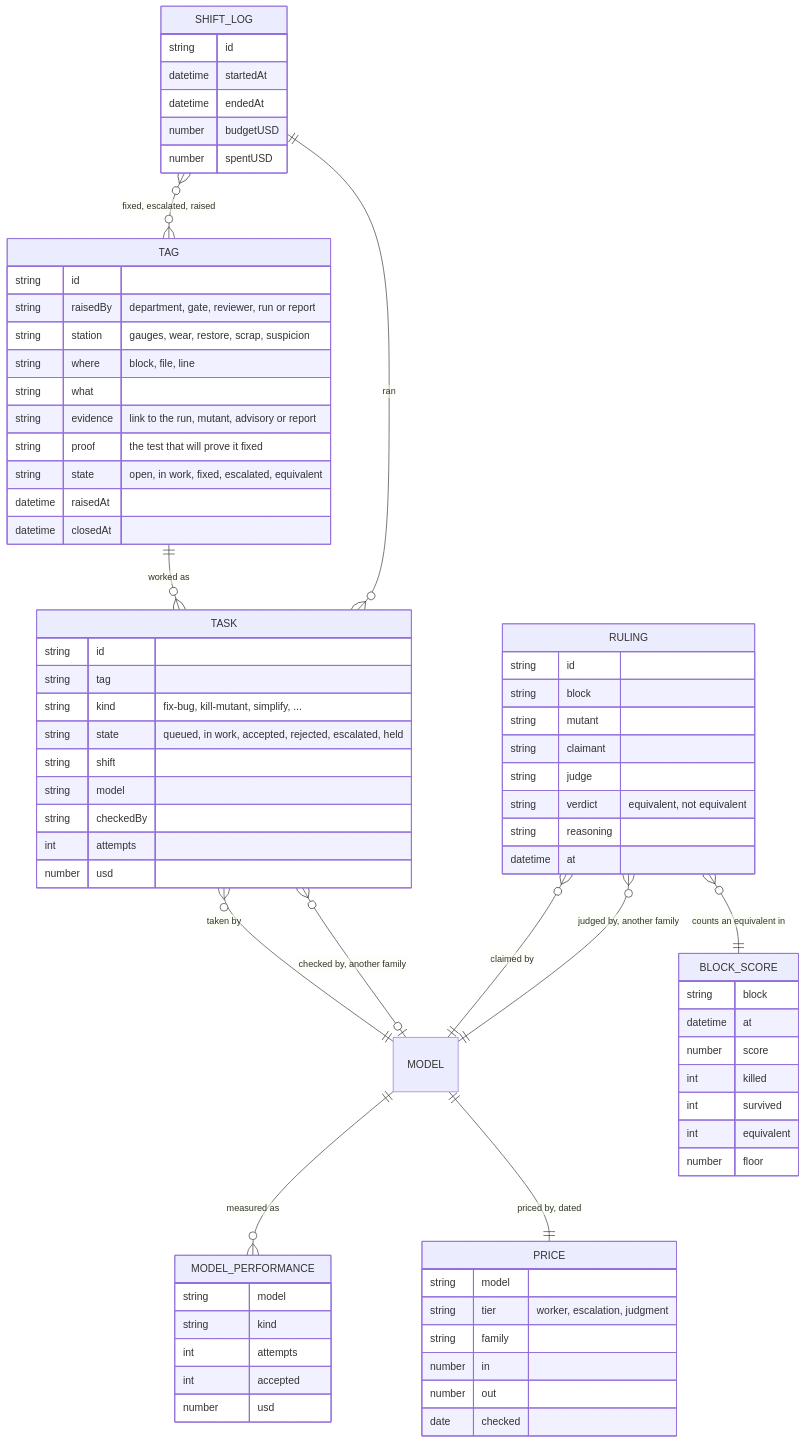
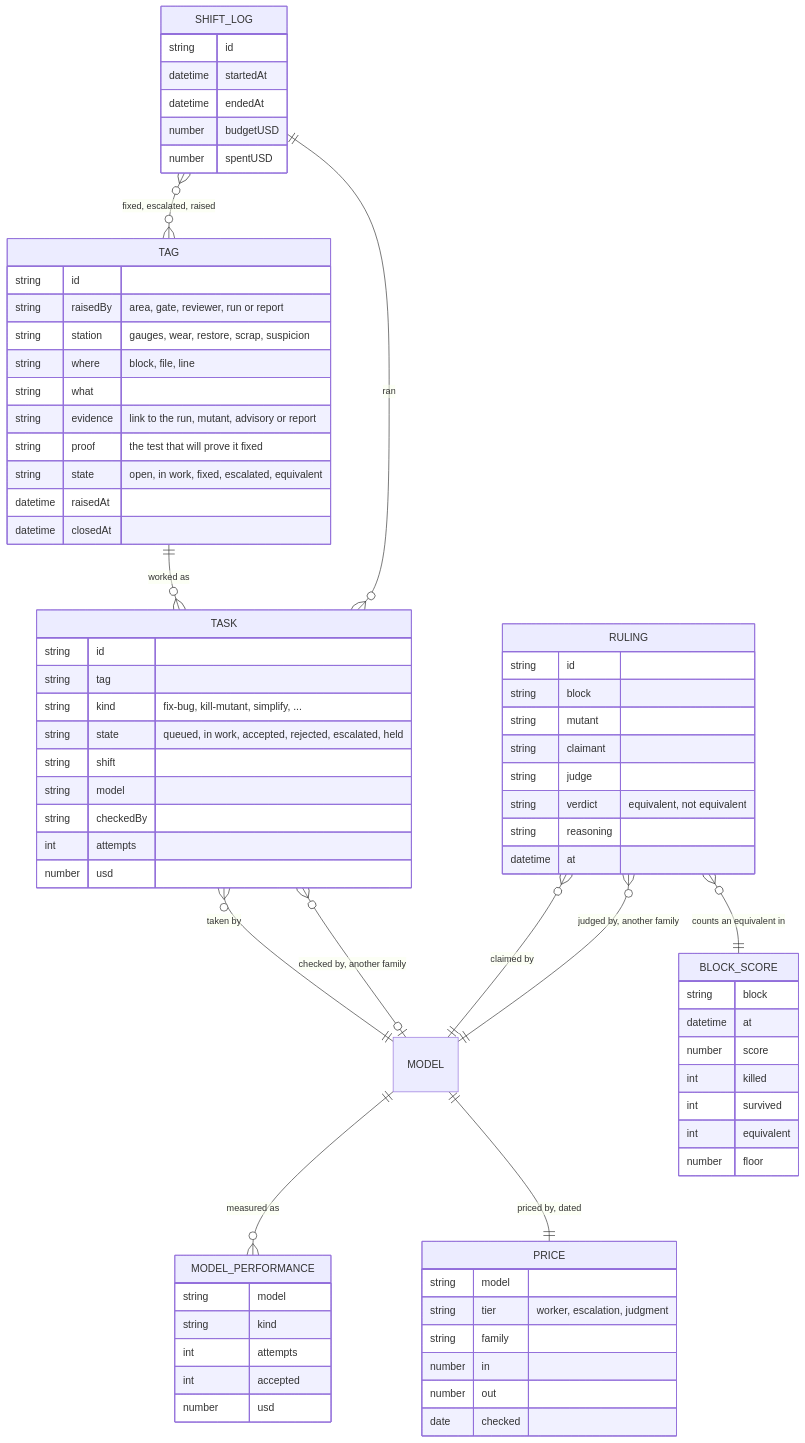
One commit to russlittle/ZTHR changed the sixth of 7 diagrams in intent/papers/maintenance.md. Above: the diagram before and after it, drawn with Mermaid. The commit also changed other lines of this file and 13 other files, not shown here.

````diff
--- a/intent/papers/maintenance.md
+++ b/intent/papers/maintenance.md
@@ -238,77 +242,77 @@
 ```mermaid
 erDiagram
   TAG ||--o{ TASK : "worked as"
   SHIFT_LOG ||--o{ TASK : "ran"
   SHIFT_LOG }o--o{ TAG : "fixed, escalated, raised"
   TASK }o--|| MODEL : "taken by"
   TASK }o--o| MODEL : "checked by, another family"
   RULING }o--|| MODEL : "claimed by"
   RULING }o--|| MODEL : "judged by, another family"
   RULING }o--|| BLOCK_SCORE : "counts an equivalent in"
   MODEL ||--o{ MODEL_PERFORMANCE : "measured as"
   MODEL ||--|| PRICE : "priced by, dated"
   TAG {
     string id
-    string raisedBy "department, gate, reviewer, run or report"
+    string raisedBy "area, gate, reviewer, run or report"
     string station "gauges, wear, restore, scrap, suspicion"
     string where "block, file, line"
     string what
     string evidence "link to the run, mutant, advisory or report"
     string proof "the test that will prove it fixed"
     string state "open, in work, fixed, escalated, equivalent"
     datetime raisedAt
     datetime closedAt
   }
   TASK {
     string id
     string tag
     string kind "fix-bug, kill-mutant, simplify, ..."
     string state "queued, in work, accepted, rejected, escalated, held"
     string shift
     string model
     string checkedBy
     int attempts
     number usd
   }
   SHIFT_LOG {
     string id
     datetime startedAt
     datetime endedAt
     number budgetUSD
     number spentUSD
   }
   RULING {
     string id
     string block
     string mutant
     string claimant
     string judge
     string verdict "equivalent, not equivalent"
     string reasoning
     datetime at
   }
   MODEL_PERFORMANCE {
     string model
     string kind
     int attempts
     int accepted
     number usd
   }
   BLOCK_SCORE {
     string block
     datetime at
     number score
     int killed
     int survived
     int equivalent
     number floor
   }
   PRICE {
     string model
     string tier "worker, escalation, judgment"
     string family
     number in
     number out
     date checked
   }
 ```
````
